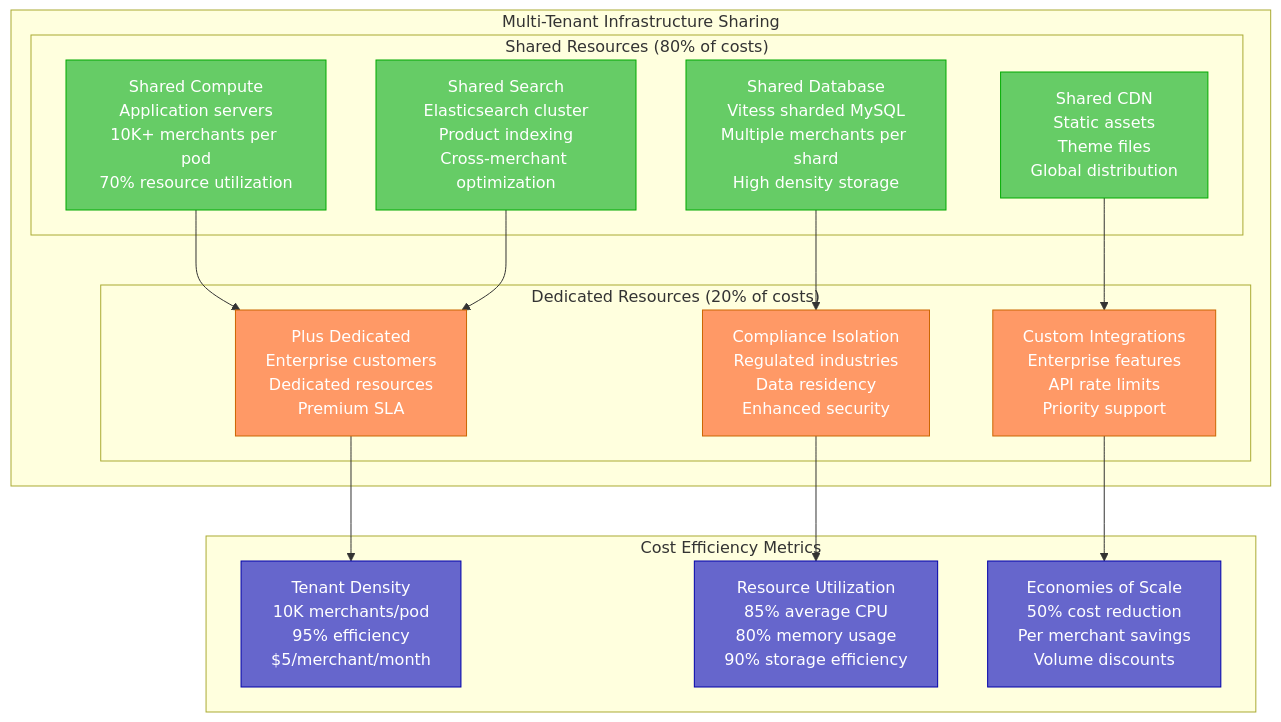
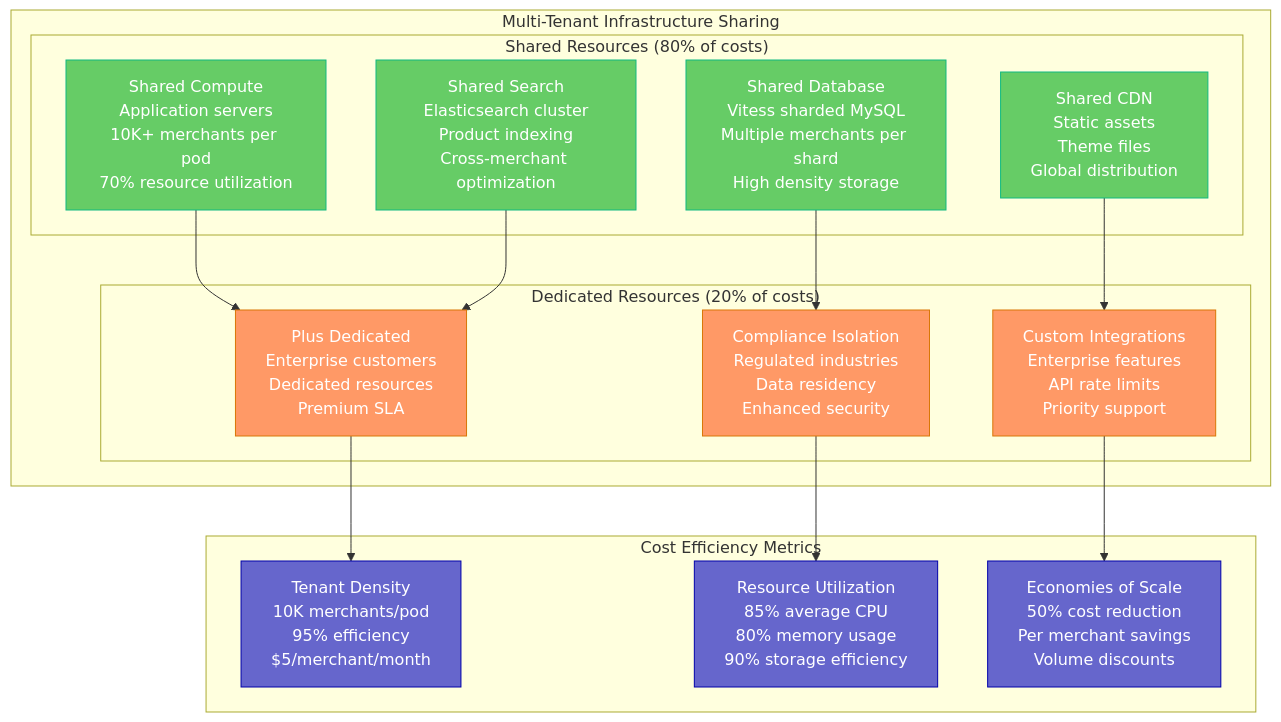
One commit to deepaucksharma/DS changed the second of 9 diagrams in site/docs/systems/shopify/cost-breakdown.md. Above: the diagram before and after it, drawn with Mermaid. The commit also changed other lines of this file and 303 other files, not shown here.

````diff
--- a/site/docs/systems/shopify/cost-breakdown.md
+++ b/site/docs/systems/shopify/cost-breakdown.md
@@ -95,44 +95,44 @@
 ```mermaid
 graph TB
     subgraph "Multi-Tenant Infrastructure Sharing"
         subgraph "Shared Resources (80% of costs)"
             SHARED_COMPUTE[Shared Compute<br/>Application servers<br/>10K+ merchants per pod<br/>70% resource utilization]
             SHARED_DATABASE[Shared Database<br/>Vitess sharded MySQL<br/>Multiple merchants per shard<br/>High density storage]
             SHARED_CDN[Shared CDN<br/>Static assets<br/>Theme files<br/>Global distribution]
             SHARED_SEARCH[Shared Search<br/>Elasticsearch cluster<br/>Product indexing<br/>Cross-merchant optimization]
         end
 
         subgraph "Dedicated Resources (20% of costs)"
             PLUS_DEDICATED[Plus Dedicated<br/>Enterprise customers<br/>Dedicated resources<br/>Premium SLA]
             COMPLIANCE_ISOLATION[Compliance Isolation<br/>Regulated industries<br/>Data residency<br/>Enhanced security]
             CUSTOM_INTEGRATIONS[Custom Integrations<br/>Enterprise features<br/>API rate limits<br/>Priority support]
         end
     end
 
     %% Resource sharing flow
     SHARED_COMPUTE --> PLUS_DEDICATED
     SHARED_DATABASE --> COMPLIANCE_ISOLATION
     SHARED_CDN --> CUSTOM_INTEGRATIONS
     SHARED_SEARCH --> PLUS_DEDICATED
 
     subgraph "Cost Efficiency Metrics"
         TENANT_DENSITY[Tenant Density<br/>10K merchants/pod<br/>95% efficiency<br/>$5/merchant/month]
 
         RESOURCE_UTILIZATION[Resource Utilization<br/>85% average CPU<br/>80% memory usage<br/>90% storage efficiency]
 
         ECONOMIES_SCALE[Economies of Scale<br/>50% cost reduction<br/>Per merchant savings<br/>Volume discounts]
     end
 
     PLUS_DEDICATED --> TENANT_DENSITY
     COMPLIANCE_ISOLATION --> RESOURCE_UTILIZATION
     CUSTOM_INTEGRATIONS --> ECONOMIES_SCALE
 
     %% Apply multi-tenant colors
-    classDef sharedStyle fill:#66CC66,stroke:#00AA00,color:#fff
-    classDef dedicatedStyle fill:#FF9966,stroke:#CC6600,color:#fff
+    classDef sharedStyle fill:#66CC66,stroke:#10B981,color:#fff
+    classDef dedicatedStyle fill:#FF9966,stroke:#D97706,color:#fff
     classDef efficiencyStyle fill:#6666CC,stroke:#0000AA,color:#fff
 
     class SHARED_COMPUTE,SHARED_DATABASE,SHARED_CDN,SHARED_SEARCH sharedStyle
     class PLUS_DEDICATED,COMPLIANCE_ISOLATION,CUSTOM_INTEGRATIONS dedicatedStyle
     class TENANT_DENSITY,RESOURCE_UTILIZATION,ECONOMIES_SCALE efficiencyStyle
 ```
````
